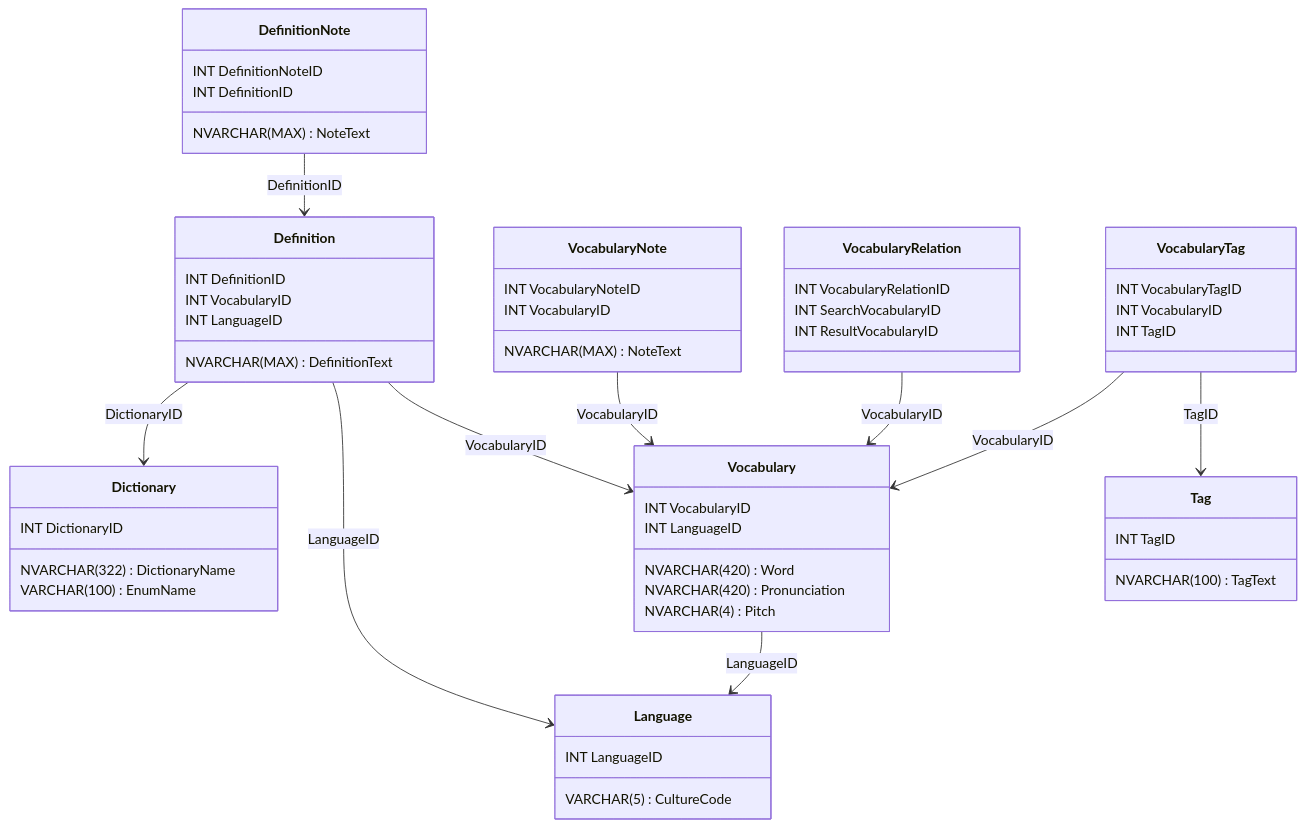
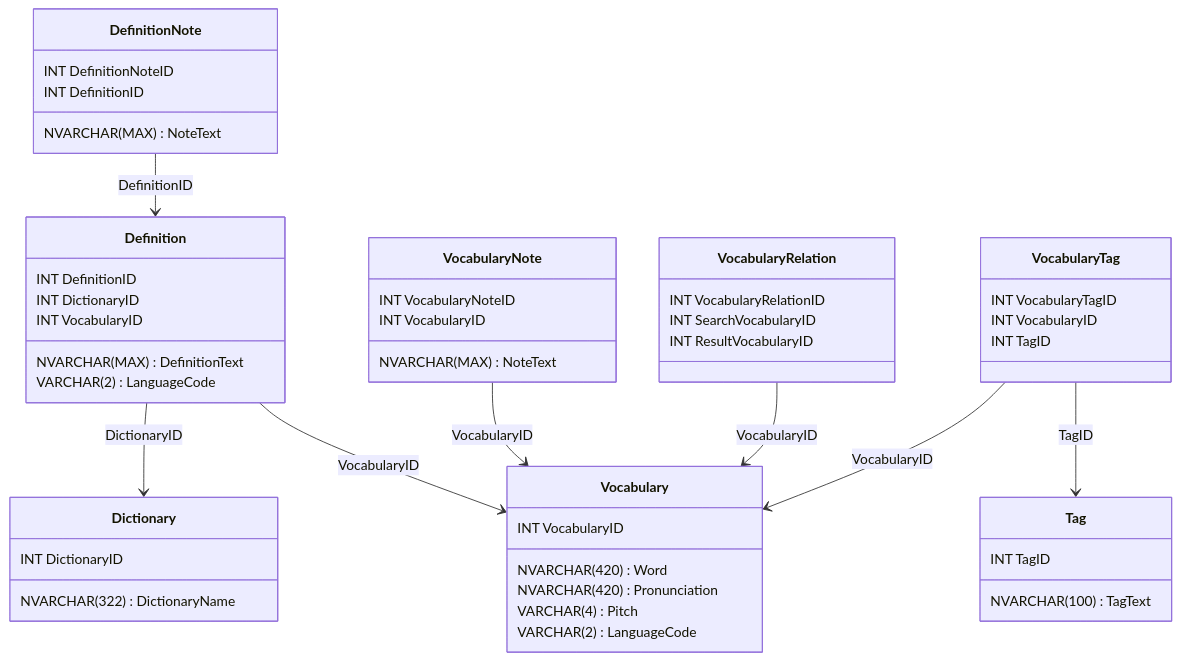
One commit to Limegrass/Wanicchou changed the third of 3 diagrams in WanicchouDB.md. Above: the diagram before and after it, drawn with Mermaid. The commit also changed other lines of this file and 53 other files, not shown here.

````diff
--- a/WanicchouDB.md
+++ b/WanicchouDB.md
@@ -11,57 +27,52 @@
 ```mermaid
 classDiagram
 Definition --> Dictionary : DictionaryID
-Definition --> Language : LanguageID
 Definition --> Vocabulary : VocabularyID
-Vocabulary --> Language : LanguageID
 
 DefinitionNote --> Definition : DefinitionID
 VocabularyNote --> Vocabulary : VocabularyID
 
 
 
 VocabularyRelation --> Vocabulary : VocabularyID
 VocabularyTag --> Vocabulary : VocabularyID
 
 VocabularyTag --> Tag : TagID
 
 
 
 DefinitionNote : INT DefinitionNoteID
 DefinitionNote : INT DefinitionID
 DefinitionNote : NVARCHAR(MAX) NoteText
 
 VocabularyNote : INT VocabularyNoteID
 VocabularyNote : INT VocabularyID
 VocabularyNote : NVARCHAR(MAX) NoteText
 
 Tag : INT TagID
 Tag : NVARCHAR(100) TagText
 
 VocabularyTag : INT VocabularyTagID
 VocabularyTag : INT VocabularyID
 VocabularyTag : INT TagID
 
 
 Dictionary : INT DictionaryID
 Dictionary : NVARCHAR(322) DictionaryName
-Dictionary : VARCHAR(100) EnumName
 
 VocabularyRelation : INT VocabularyRelationID
 VocabularyRelation : INT SearchVocabularyID
 VocabularyRelation : INT ResultVocabularyID
 
 Definition : NVARCHAR(MAX) DefinitionText
 Definition : INT DefinitionID
+Definition : INT DictionaryID
 Definition : INT VocabularyID
-Definition : INT LanguageID
+Definition : VARCHAR(2) LanguageCode
 
 Vocabulary : INT VocabularyID
 Vocabulary : NVARCHAR(420) Word
 Vocabulary : NVARCHAR(420) Pronunciation
-Vocabulary : NVARCHAR(4) Pitch
-Vocabulary : INT LanguageID
-
-Language : INT LanguageID
-Language : VARCHAR(5) CultureCode
+Vocabulary : VARCHAR(4) Pitch
+Vocabulary : VARCHAR(2) LanguageCode
 ```
````
